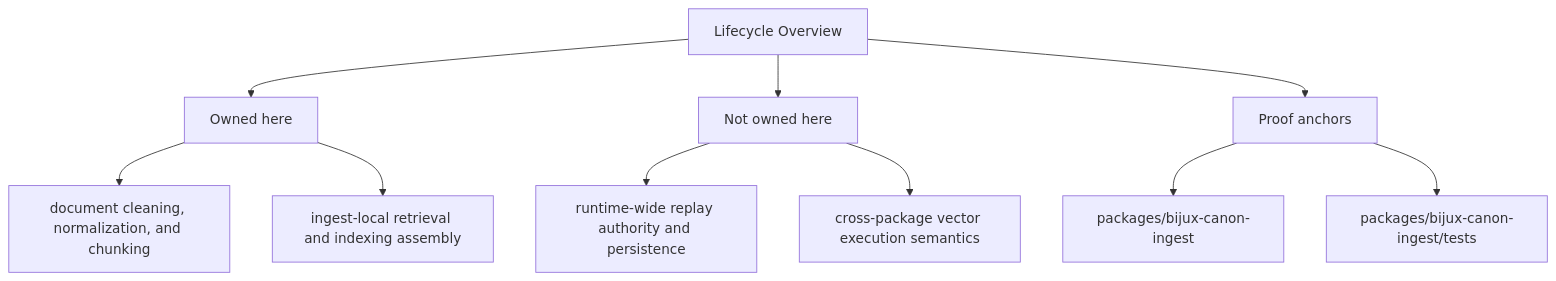
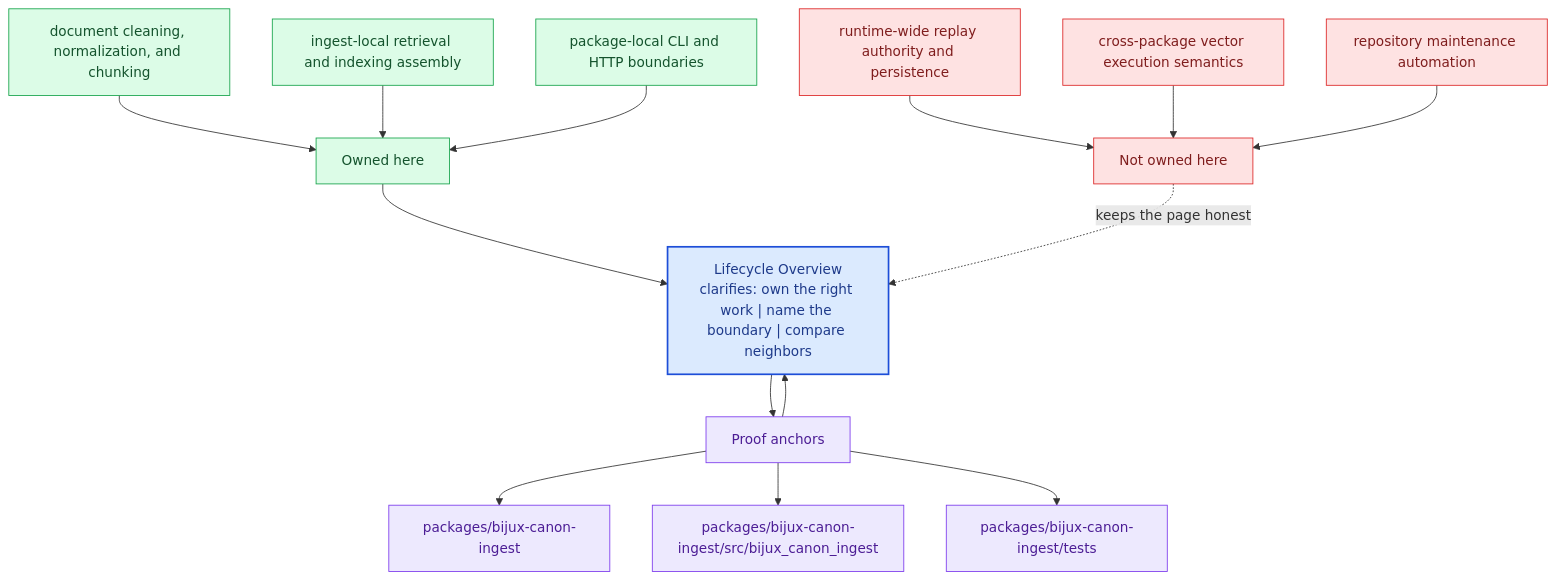
Before and after one commit to bijux/bijux-canon: the second of 2 diagrams in docs/bijux-canon-ingest/foundation/lifecycle-overview.md, drawn with Mermaid. The commit also changed other lines of this file and 281 other files, not shown here.

Commit message:
docs(diagrams): deepen handbook mermaid maps across the catalog

````diff
--- a/docs/bijux-canon-ingest/foundation/lifecycle-overview.md
+++ b/docs/bijux-canon-ingest/foundation/lifecycle-overview.md
@@ -36,22 +69,40 @@
 ```mermaid
-flowchart TD
-    page["Lifecycle Overview"]
+flowchart TB
+    promise["Lifecycle Overview<br/>clarifies: own the right work | name the boundary | compare neighbors"]
+    classDef promise fill:#dbeafe,stroke:#1d4ed8,color:#1e3a8a,stroke-width:2px;
+    classDef driver fill:#dcfce7,stroke:#16a34a,color:#14532d;
+    classDef constraint fill:#fee2e2,stroke:#dc2626,color:#7f1d1d;
+    classDef ground fill:#ede9fe,stroke:#7c3aed,color:#4c1d95;
     focus1["Owned here"]
-    page --> focus1
+    focus1 --> promise
     focus1_1["document cleaning, normalization, and chunking"]
-    focus1 --> focus1_1
+    focus1_1 --> focus1
     focus1_2["ingest-local retrieval and indexing assembly"]
-    focus1 --> focus1_2
+    focus1_2 --> focus1
+    focus1_3["package-local CLI and HTTP boundaries"]
+    focus1_3 --> focus1
+    class focus1 driver;
+    class focus1_1,focus1_2,focus1_3 driver;
     focus2["Not owned here"]
-    page --> focus2
+    focus2 -.keeps the page honest.-> promise
     focus2_1["runtime-wide replay authority and persistence"]
-    focus2 --> focus2_1
+    focus2_1 --> focus2
     focus2_2["cross-package vector execution semantics"]
-    focus2 --> focus2_2
+    focus2_2 --> focus2
+    focus2_3["repository maintenance automation"]
+    focus2_3 --> focus2
+    class focus2 constraint;
+    class focus2_1,focus2_2,focus2_3 constraint;
     focus3["Proof anchors"]
-    page --> focus3
+    focus3 --> promise
+    promise --> focus3
     focus3_1["packages/bijux-canon-ingest"]
     focus3 --> focus3_1
-    focus3_2["packages/bijux-canon-ingest/tests"]
+    focus3_2["packages/bijux-canon-ingest/src/bijux_canon_ingest"]
     focus3 --> focus3_2
+    focus3_3["packages/bijux-canon-ingest/tests"]
+    focus3 --> focus3_3
+    class focus3 ground;
+    class focus3_1,focus3_2,focus3_3 ground;
+    class promise promise;
 ```
````
